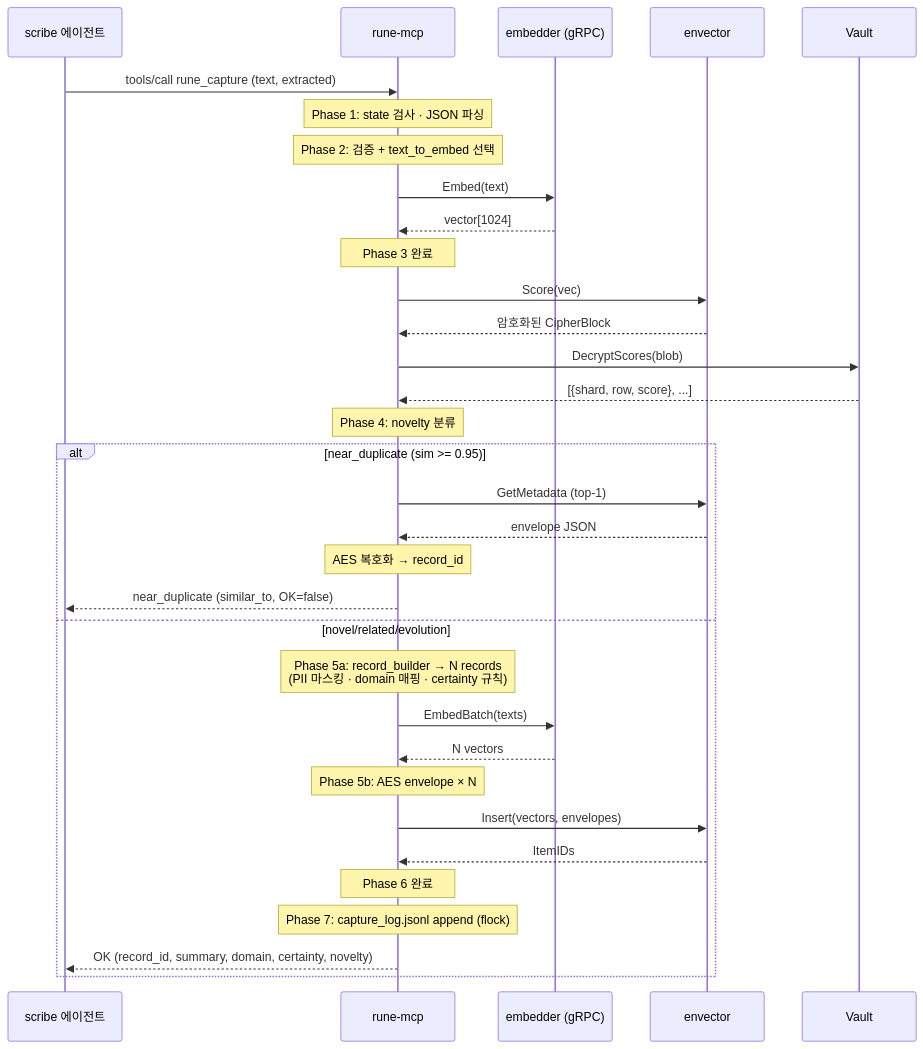
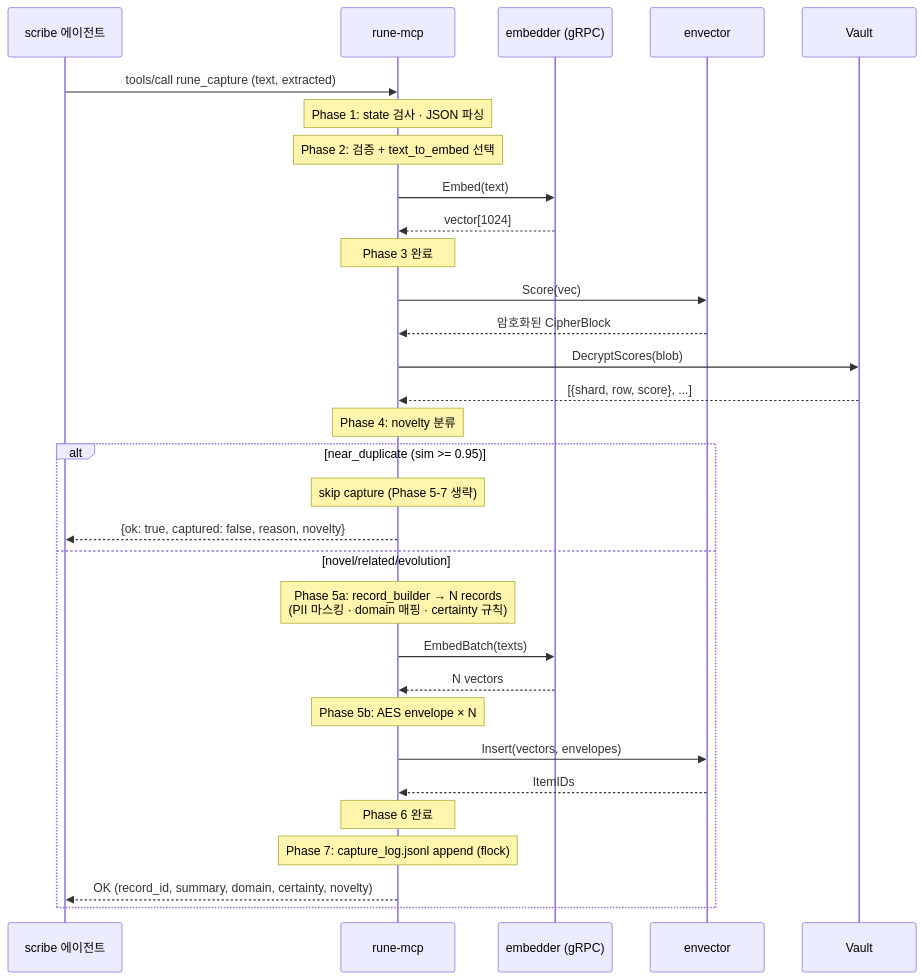
The diagram in docs/v04/spec/flows/capture.md (CryptoLabInc/rune), drawn with Mermaid before and after one commit. The commit also changed other lines of this file and 3 other files, not shown here.

Commit message:
docs(v04): match Python near_duplicate response exactly, archive D10 — P1 #5

````diff
--- a/docs/v04/spec/flows/capture.md
+++ b/docs/v04/spec/flows/capture.md
@@ -28,42 +28,40 @@
 ```mermaid
 sequenceDiagram
     participant Agent as scribe 에이전트
     participant MCP as rune-mcp
     participant Embedder as embedder (gRPC)
     participant Envector as envector
     participant Vault as Vault
 
     Agent->>MCP: tools/call rune_capture (text, extracted)
     Note over MCP: Phase 1: state 검사 · JSON 파싱
     Note over MCP: Phase 2: 검증 + text_to_embed 선택
 
     MCP->>Embedder: Embed(text)
     Embedder-->>MCP: vector[1024]
     Note over MCP: Phase 3 완료
 
     MCP->>Envector: Score(vec)
     Envector-->>MCP: 암호화된 CipherBlock
     MCP->>Vault: DecryptScores(blob)
     Vault-->>MCP: [{shard, row, score}, ...]
     Note over MCP: Phase 4: novelty 분류
 
     alt near_duplicate (sim >= 0.95)
-        MCP->>Envector: GetMetadata (top-1)
-        Envector-->>MCP: envelope JSON
-        Note over MCP: AES 복호화 → record_id
-        MCP-->>Agent: near_duplicate (similar_to, OK=false)
+        Note over MCP: skip capture (Phase 5-7 생략)
+        MCP-->>Agent: {ok: true, captured: false, reason, novelty}
     else novel/related/evolution
         Note over MCP: Phase 5a: record_builder → N records<br/>(PII 마스킹 · domain 매핑 · certainty 규칙)
 
         MCP->>Embedder: EmbedBatch(texts)
         Embedder-->>MCP: N vectors
 
         Note over MCP: Phase 5b: AES envelope × N
         MCP->>Envector: Insert(vectors, envelopes)
         Envector-->>MCP: ItemIDs
         Note over MCP: Phase 6 완료
 
         Note over MCP: Phase 7: capture_log.jsonl append (flock)
         MCP-->>Agent: OK (record_id, summary, domain, certainty, novelty)
     end
 ```
````
